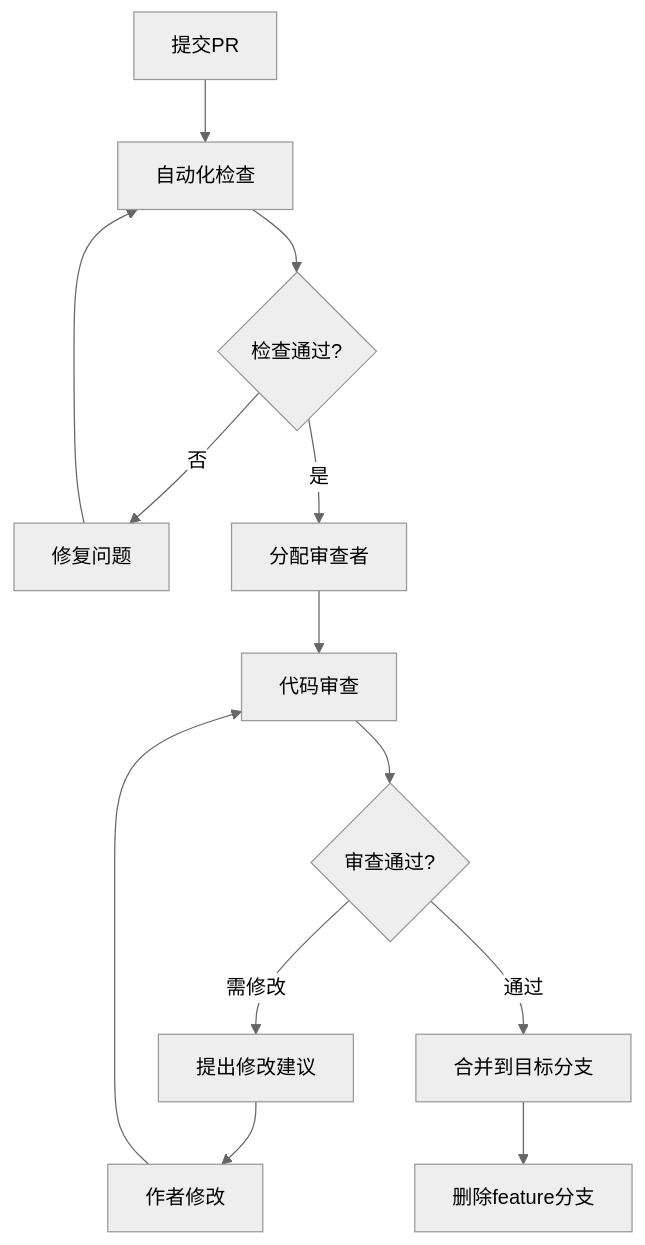
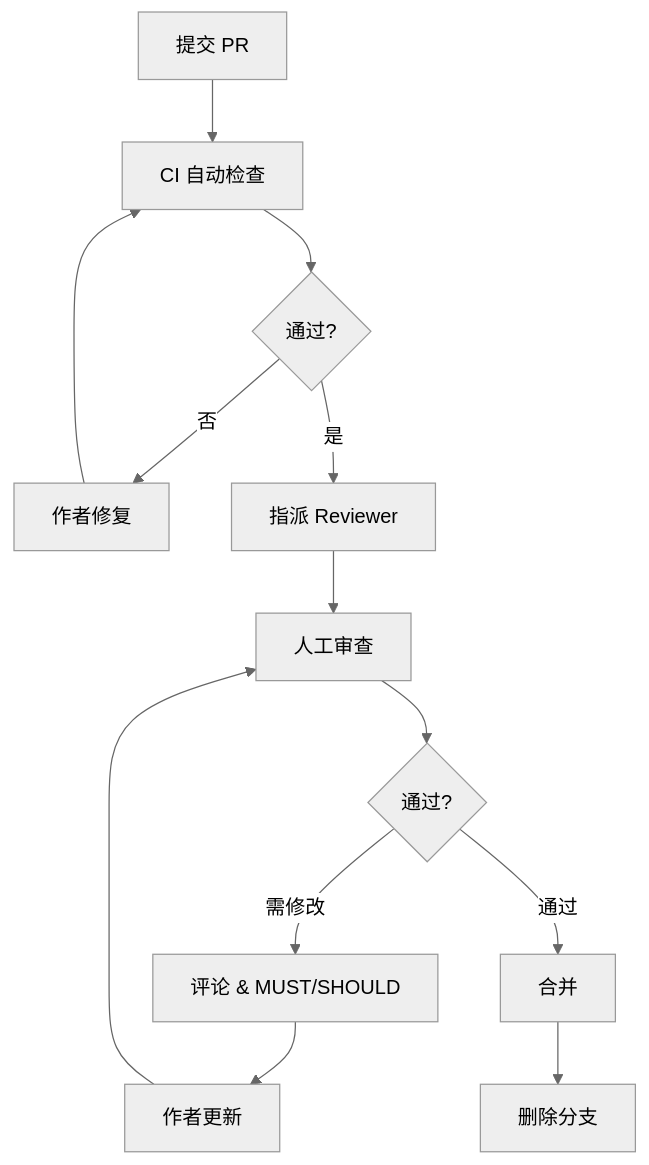
Before and after one commit to douhuaa/Zss.BilliardHall: the diagram in doc/06_开发规范/CodeReview流程.md, drawn with Mermaid (neutral theme). The commit also changed other lines of this file and 3 other files, not shown here.

````diff
--- a/doc/06_开发规范/CodeReview流程.md
+++ b/doc/06_开发规范/CodeReview流程.md
@@ -231,15 +212,15 @@
 ```mermaid
 flowchart TD
-    A[提交PR] --> B[自动化检查]
-    B --> C{检查通过?}
-    C -->|否| D[修复问题]
+    A[提交 PR] --> B[CI 自动检查]
+    B --> C{通过?}
+    C -->|否| D[作者修复]
     D --> B
-    C -->|是| E[分配审查者]
-    E --> F[代码审查]
-    F --> G{审查通过?}
-    G -->|需修改| H[提出修改建议]
-    H --> I[作者修改]
+    C -->|是| E[指派 Reviewer]
+    E --> F[人工审查]
+    F --> G{通过?}
+    G -->|需修改| H[评论 & MUST/SHOULD]
+    H --> I[作者更新]
     I --> F
-    G -->|通过| J[合并到目标分支]
-    J --> K[删除feature分支]
+    G -->|通过| J[合并]
+    J --> K[删除分支]
 ```
````
